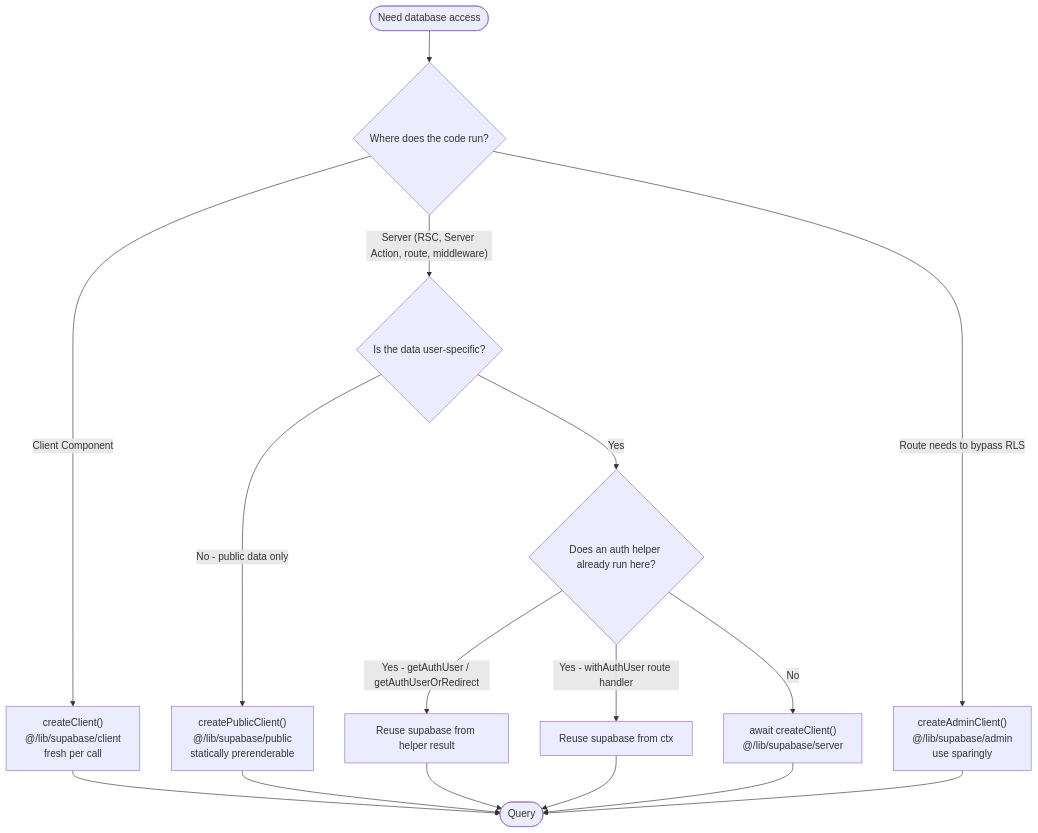
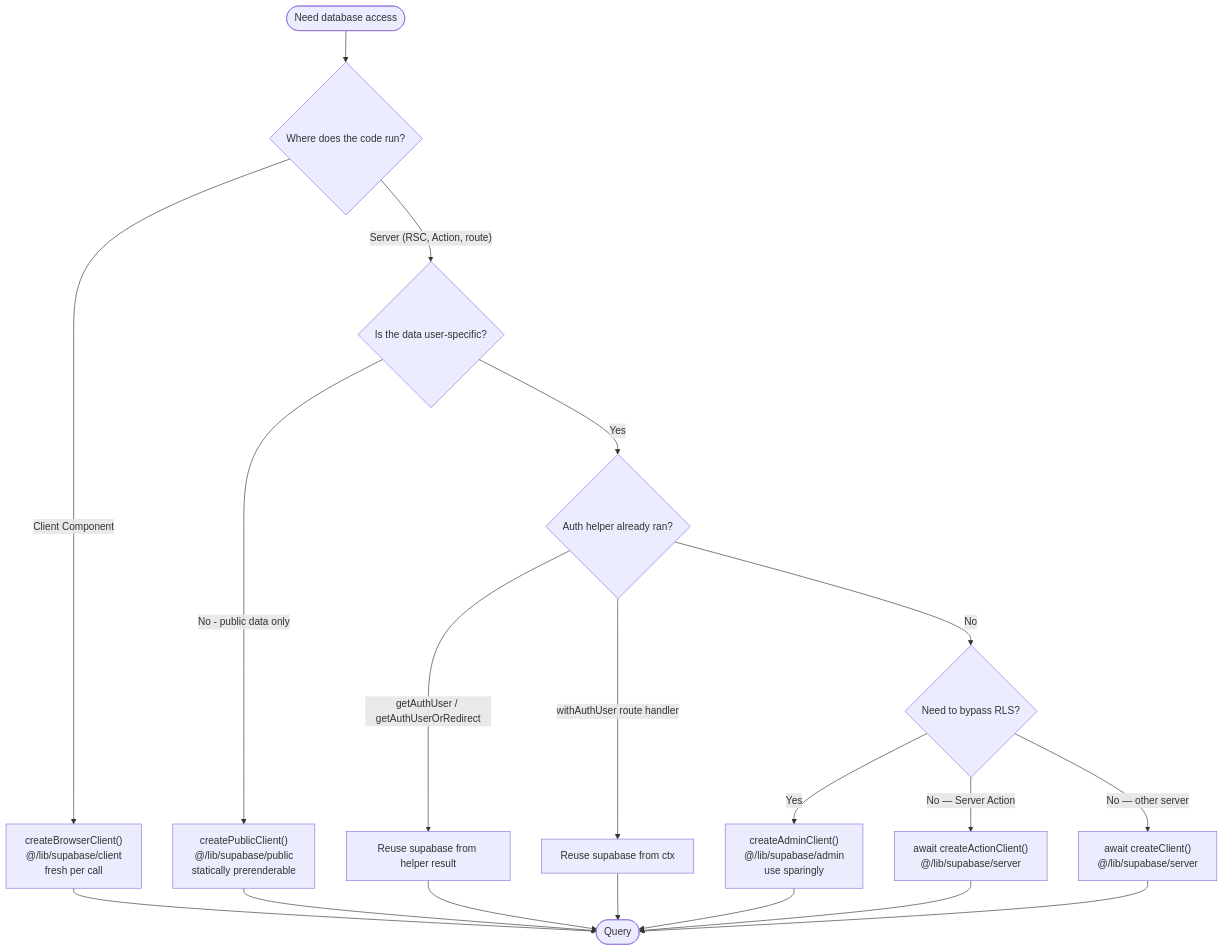
Before and after one commit to jackcasstlesjones/ozeaon-wiki: the second of 2 diagrams in src/content/docs/architecture/supabase-client-patterns.md, drawn with Mermaid. The commit also changed other lines of this file and 4 other files, not shown here.

````diff
--- a/src/content/docs/architecture/supabase-client-patterns.md
+++ b/src/content/docs/architecture/supabase-client-patterns.md
@@ -218,23 +103,25 @@
 ```mermaid
 flowchart TD
     Start(["Need database access"]) --> Where{"Where does the code run?"}
 
-    Where -->|"Client Component"| Browser["createClient()<br/>@/lib/supabase/client<br/>fresh per call"]
-    Where -->|"Server (RSC, Server Action, route, middleware)"| AuthReq{"Is the data user-specific?"}
+    Where -->|"Client Component"| Browser["createBrowserClient()<br/>@/lib/supabase/client<br/>fresh per call"]
+    Where -->|"Server (RSC, Action, route)"| AuthReq{"Is the data user-specific?"}
 
     AuthReq -->|"No - public data only"| Public["createPublicClient()<br/>@/lib/supabase/public<br/>statically prerenderable"]
-    AuthReq -->|"Yes"| ExistingAuth{"Does an auth helper already run here?"}
+    AuthReq -->|"Yes"| ExistingAuth{"Auth helper already ran?"}
 
-    ExistingAuth -->|"Yes - getAuthUser / getAuthUserOrRedirect"| Reuse["Reuse supabase from helper result"]
-    ExistingAuth -->|"Yes - withAuthUser route handler"| Ctx["Reuse supabase from ctx"]
-    ExistingAuth -->|"No"| Srv["await createClient()<br/>@/lib/supabase/server"]
-
-    Where -->|"Route needs to bypass RLS"| Admin["createAdminClient()<br/>@/lib/supabase/admin<br/>use sparingly"]
+    ExistingAuth -->|"getAuthUser / getAuthUserOrRedirect"| Reuse["Reuse supabase from helper result"]
+    ExistingAuth -->|"withAuthUser route handler"| Ctx["Reuse supabase from ctx"]
+    ExistingAuth -->|"No"| Choice{"Need to bypass RLS?"}
+    Choice -->|"Yes"| Admin["createAdminClient()<br/>@/lib/supabase/admin<br/>use sparingly"]
+    Choice -->|"No — Server Action"| Action["await createActionClient()<br/>@/lib/supabase/server"]
+    Choice -->|"No — other server"| Srv["await createClient()<br/>@/lib/supabase/server"]
 
     Browser --> Done(["Query"])
     Public --> Done
     Reuse --> Done
     Ctx --> Done
+    Admin --> Done
+    Action --> Done
     Srv --> Done
-    Admin --> Done
 ```
````
